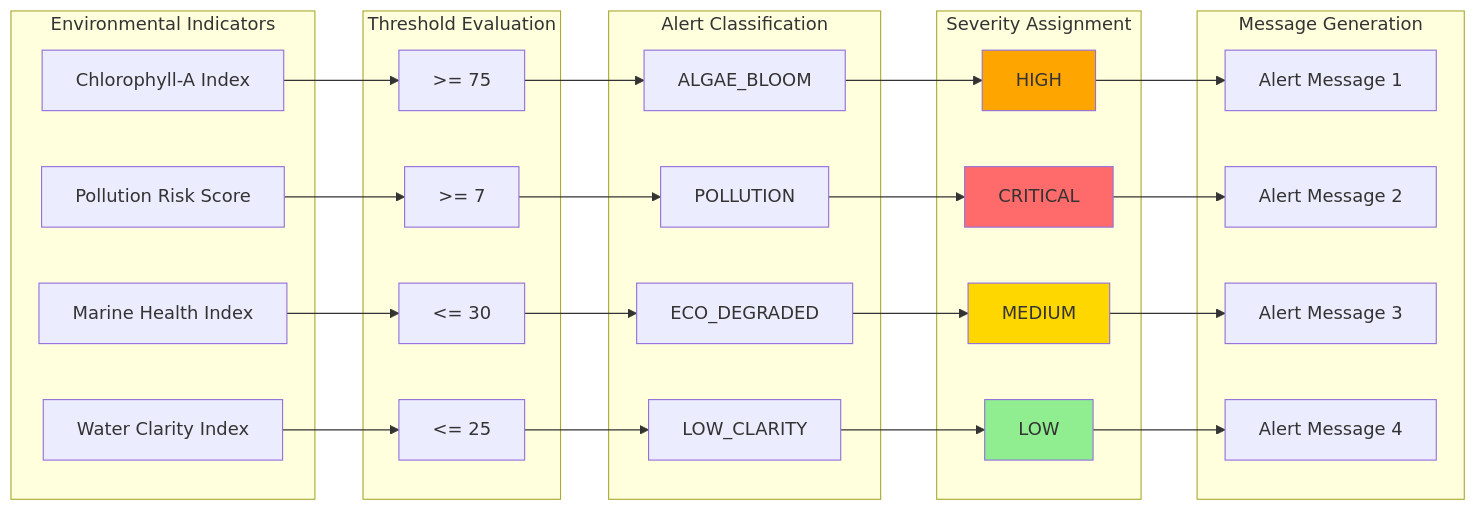
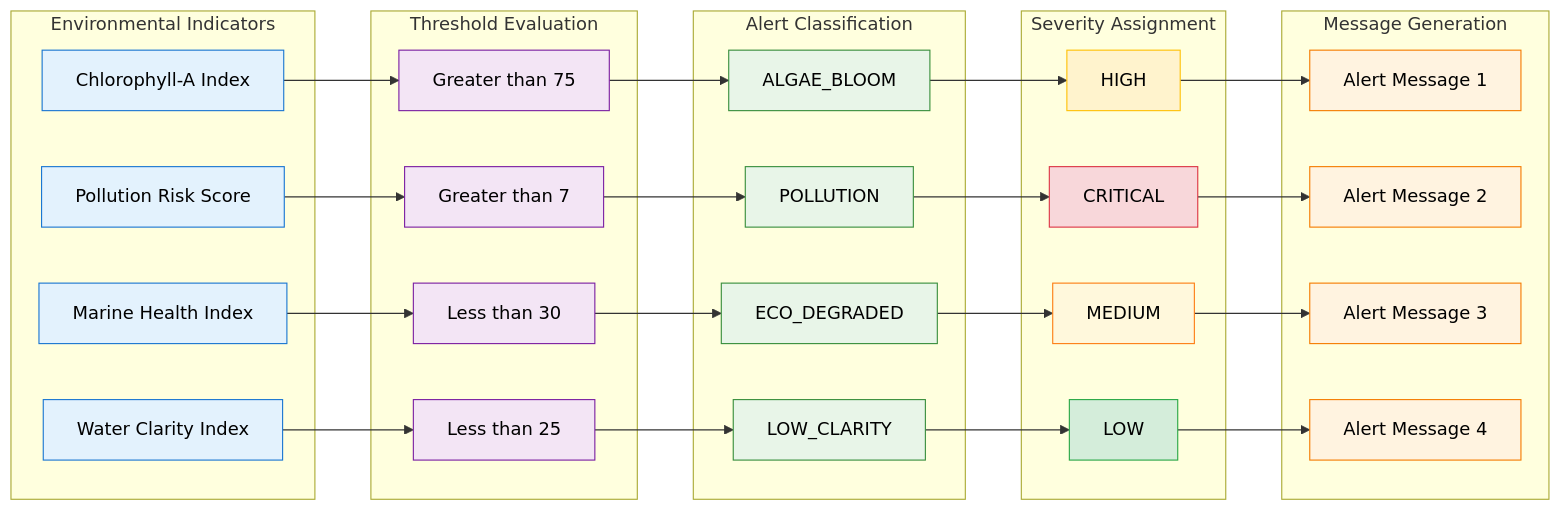
One commit to vikrantwiz02/DFP-13 changed the sixth of 9 diagrams in Phase-2.md. Above: the diagram before and after it, drawn with Mermaid. The commit also changed other lines of this file, not shown here.

Commit message:
Refactor diagrams and improve formatting in Phase 2 documentation for clarity and consistency

````diff
--- a/Phase-2.md
+++ b/Phase-2.md
@@ -428,47 +467,60 @@
 ```mermaid
 graph LR
-    subgraph "Environmental Indicators"
-        CHLORO[Chlorophyll-A Index]
-        POLLUTION[Pollution Risk Score]
-        MARINE[Marine Health Index]
-        CLARITY[Water Clarity Index]
+    subgraph EI ["Environmental Indicators"]
+        CHLORO["Chlorophyll-A Index"]
+        POLLUTION["Pollution Risk Score"]
+        MARINE["Marine Health Index"]
+        CLARITY["Water Clarity Index"]
     end
     
-    subgraph "Threshold Evaluation"
-        T1[">= 75"]
-        T2[">= 7"]
-        T3["<= 30"]
-        T4["<= 25"]
+    subgraph TE ["Threshold Evaluation"]
+        T1["Greater than 75"]
+        T2["Greater than 7"]
+        T3["Less than 30"]
+        T4["Less than 25"]
     end
     
-    subgraph "Alert Classification"
-        ALGAE[ALGAE_BLOOM]
-        CONTAM[POLLUTION]
-        ECO[ECO_DEGRADED]
-        LOWCLARITY[LOW_CLARITY]
+    subgraph AC ["Alert Classification"]
+        ALGAE["ALGAE_BLOOM"]
+        CONTAM["POLLUTION"]
+        ECO["ECO_DEGRADED"]
+        LOWCLARITY["LOW_CLARITY"]
     end
     
-    subgraph "Severity Assignment"
-        HIGH[HIGH]
-        CRITICAL[CRITICAL]
-        MEDIUM[MEDIUM]
-        LOW[LOW]
+    subgraph SA ["Severity Assignment"]
+        HIGH["HIGH"]
+        CRITICAL["CRITICAL"]
+        MEDIUM["MEDIUM"]
+        LOW["LOW"]
     end
     
-    subgraph "Message Generation"
-        MSG1[Alert Message 1]
-        MSG2[Alert Message 2]
-        MSG3[Alert Message 3]
-        MSG4[Alert Message 4]
+    subgraph MG ["Message Generation"]
+        MSG1["Alert Message 1"]
+        MSG2["Alert Message 2"]
+        MSG3["Alert Message 3"]
+        MSG4["Alert Message 4"]
     end
     
     CHLORO --> T1 --> ALGAE --> HIGH --> MSG1
     POLLUTION --> T2 --> CONTAM --> CRITICAL --> MSG2
     MARINE --> T3 --> ECO --> MEDIUM --> MSG3
     CLARITY --> T4 --> LOWCLARITY --> LOW --> MSG4
     
-    style CRITICAL fill:#FF6B6B
-    style HIGH fill:#FFA500
-    style MEDIUM fill:#FFD700
-    style LOW fill:#90EE90
+    classDef criticalStyle fill:#f8d7da,stroke:#dc3545,color:#000
+    classDef highStyle fill:#fff3cd,stroke:#ffc107,color:#000
+    classDef mediumStyle fill:#fff8dc,stroke:#fd7e14,color:#000
+    classDef lowStyle fill:#d4edda,stroke:#28a745,color:#000
+    classDef indicatorStyle fill:#e3f2fd,stroke:#1976d2,color:#000
+    classDef thresholdStyle fill:#f3e5f5,stroke:#7b1fa2,color:#000
+    classDef classifyStyle fill:#e8f5e8,stroke:#388e3c,color:#000
+    classDef messageStyle fill:#fff3e0,stroke:#f57c00,color:#000
+    
+    class CRITICAL criticalStyle
+    class HIGH highStyle
+    class MEDIUM mediumStyle
+    class LOW lowStyle
+    class CHLORO,POLLUTION,MARINE,CLARITY indicatorStyle
+    class T1,T2,T3,T4 thresholdStyle
+    class ALGAE,CONTAM,ECO,LOWCLARITY classifyStyle
+    class MSG1,MSG2,MSG3,MSG4 messageStyle
 ```
````
